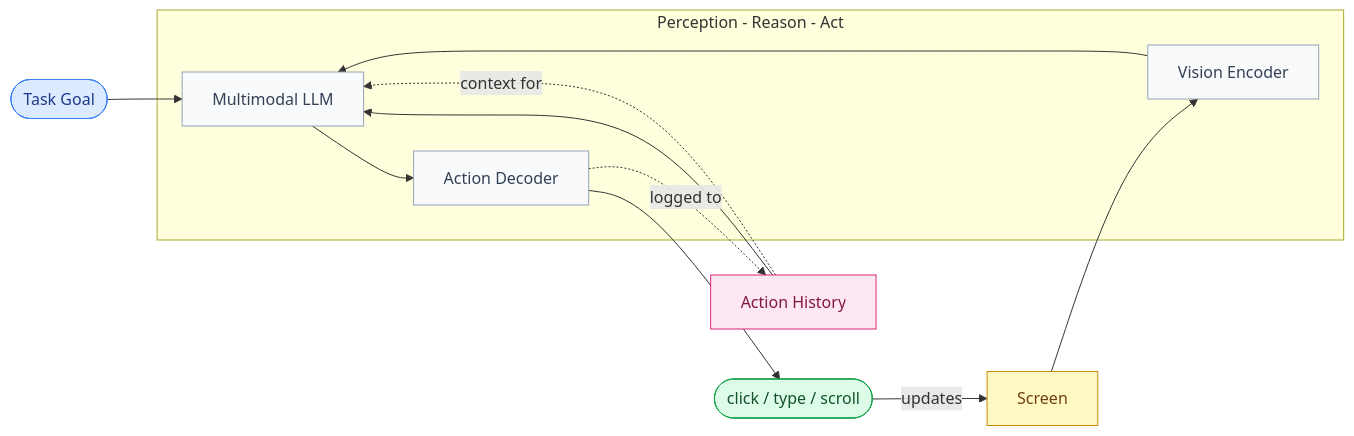
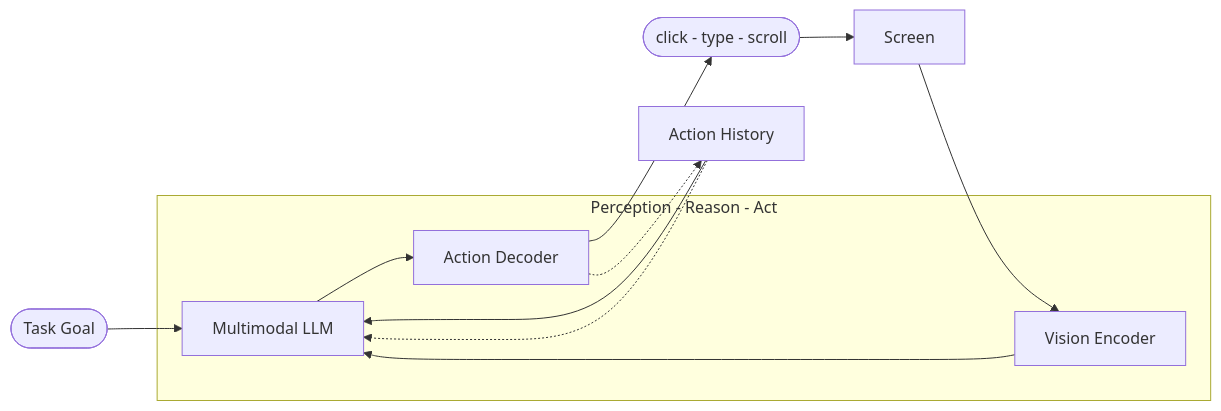
The diagram in sumehta.github.io/_posts/2026-05-30-computer-use-agents.md (sumehta/sumehta.github.io), drawn with Mermaid before and after one commit.

Commit message:
Simplify Mermaid diagram to bare minimum for Mermaid 11 compatibility
Removed quoted node labels, edge labels, and style blocks to isolate syntax.

```diff
--- a/sumehta.github.io/_posts/2026-05-30-computer-use-agents.md
+++ b/sumehta.github.io/_posts/2026-05-30-computer-use-agents.md
@@ -52,31 +52,22 @@
 <div class="mermaid">
 flowchart LR
-    goal(["Task Goal"])
-    output(["click / type / scroll"])
+    goal([Task Goal])
+    screen[Screen]
+    history[Action History]
+    output([click - type - scroll])
 
-    subgraph agent["Perception - Reason - Act"]
-        perceive["Vision Encoder"]
-        reason["Multimodal LLM"]
-        act["Action Decoder"]
+    subgraph agent[Perception - Reason - Act]
+        perceive[Vision Encoder]
+        reason[Multimodal LLM]
+        act[Action Decoder]
         perceive --> reason --> act
     end
-
-    screen["Screen"]
-    history["Action History"]
 
     goal --> reason
     screen --> perceive
     history --> reason
     act --> output
-    output -->|"updates"| screen
-    act -.->|"logged to"| history
-    history -.->|"context for"| reason
-
-    style goal fill:#dbeafe,stroke:#3b82f6,color:#1e3a8a
-    style output fill:#dcfce7,stroke:#16a34a,color:#14532d
-    style screen fill:#fef9c3,stroke:#ca8a04,color:#713f12
-    style history fill:#fce7f3,stroke:#db2777,color:#831843
-    style perceive fill:#f8fafc,stroke:#94a3b8,color:#334155
-    style reason fill:#f8fafc,stroke:#94a3b8,color:#334155
-    style act fill:#f8fafc,stroke:#94a3b8,color:#334155
+    output --> screen
+    act -.-> history
+    history -.-> reason
 </div>
```
